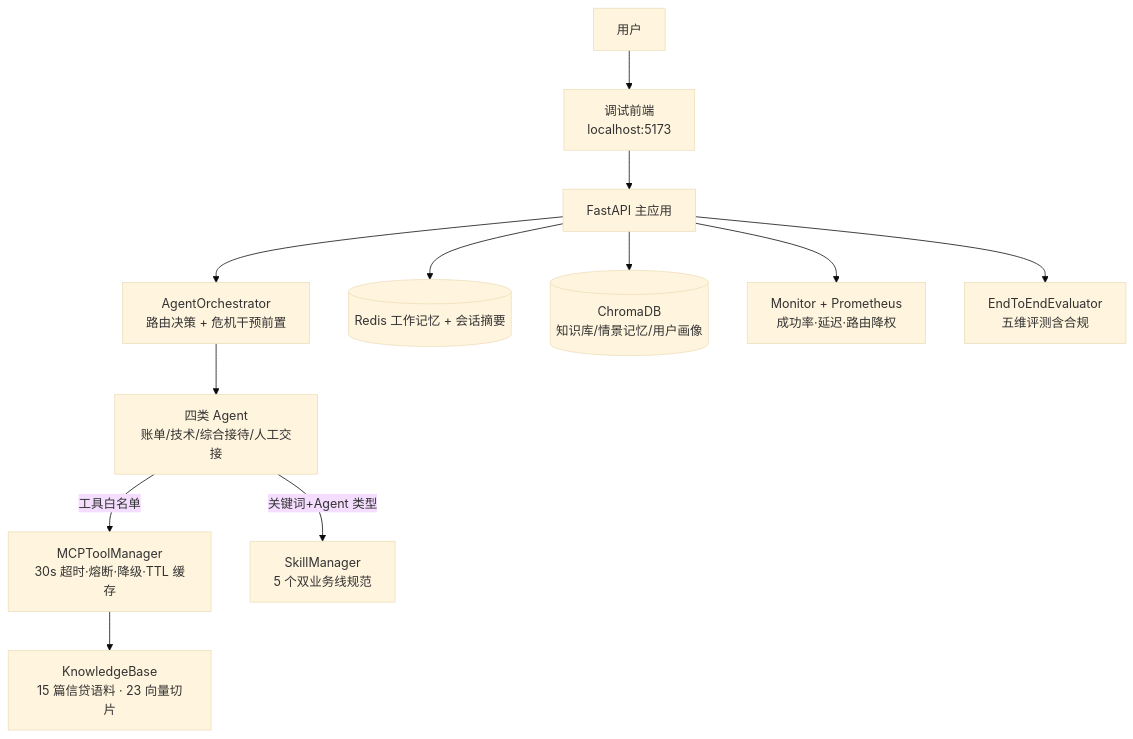
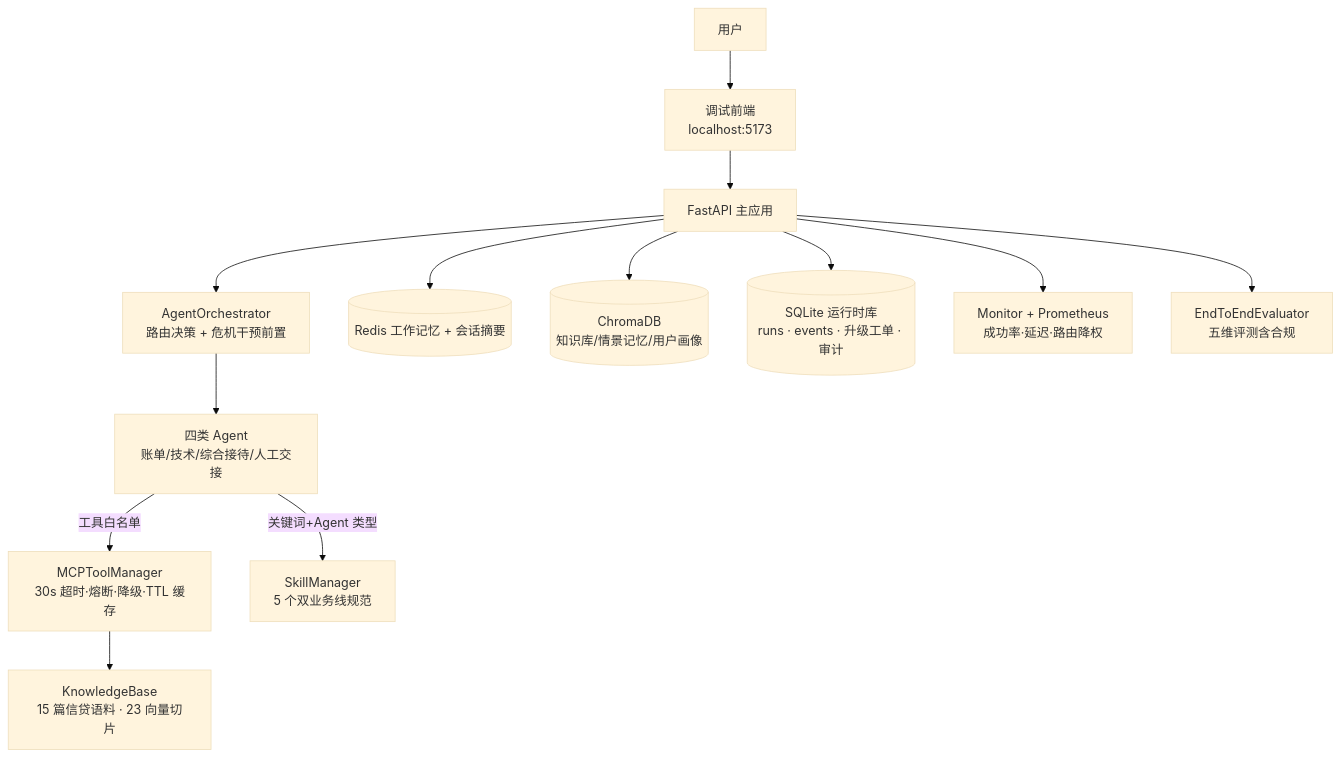
Before and after one commit to ZLX0071/CreditLife-Agent: the second of 3 diagrams in README.md, drawn with Mermaid (base theme). The commit also changed other lines of this file and 21 other files, not shown here.

````diff
--- a/README.md
+++ b/README.md
@@ -61,14 +61,15 @@
 ```mermaid
 flowchart TB
     user["用户"] --> fe["调试前端<br/>localhost:5173"]
     fe --> app["FastAPI 主应用"]
     app --> orch["AgentOrchestrator<br/>路由决策 + 危机干预前置"]
     orch --> agents["四类 Agent<br/>账单/技术/综合接待/人工交接"]
     agents -- "工具白名单" --> tm["MCPToolManager<br/>30s 超时·熔断·降级·TTL 缓存"]
     tm --> kb["KnowledgeBase<br/>15 篇信贷语料 · 23 向量切片"]
     agents -- "关键词+Agent 类型" --> sk["SkillManager<br/>5 个双业务线规范"]
     app --> mem[("Redis 工作记忆 + 会话摘要")]
     app --> vec[("ChromaDB<br/>知识库/情景记忆/用户画像")]
+    app --> rt[("SQLite 运行时库<br/>runs · events · 升级工单 · 审计")]
     app --> obs["Monitor + Prometheus<br/>成功率·延迟·路由降权"]
     app --> ev["EndToEndEvaluator<br/>五维评测含合规"]
 ```
````
